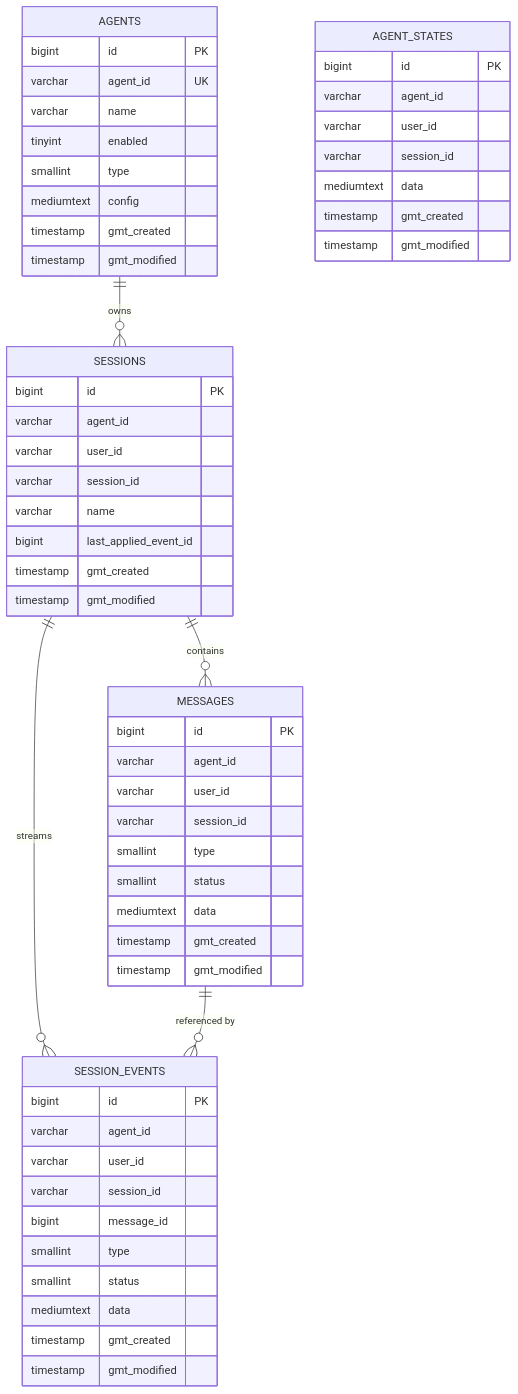
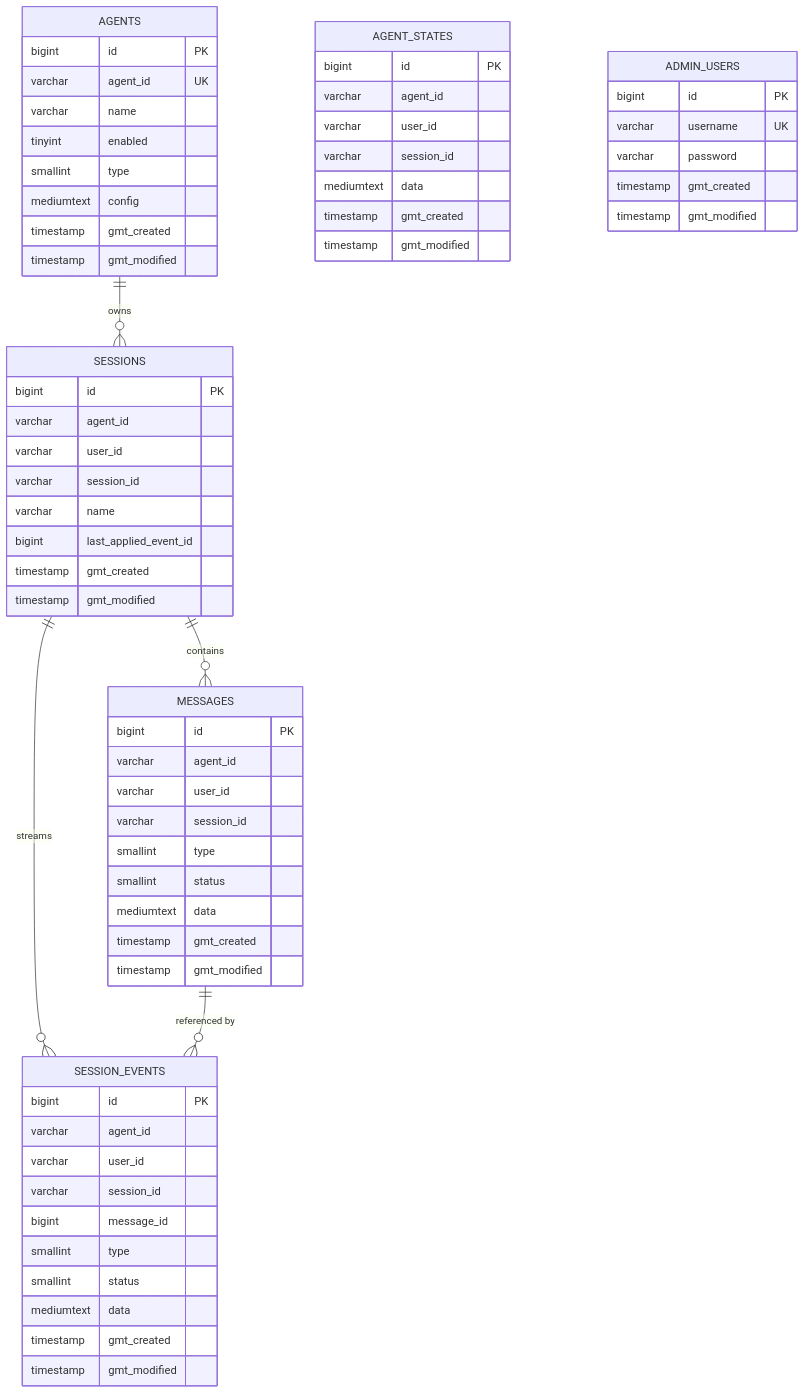
Before and after one commit to alibaba/tron-one-agent: the second of 7 diagrams in .qoder/repowiki/en/content/Database Schema and Data Models.md, drawn with Mermaid. The commit also changed other lines of this file and 13 other files, not shown here.

````diff
--- a/.qoder/repowiki/en/content/Database Schema and Data Models.md
+++ b/.qoder/repowiki/en/content/Database Schema and Data Models.md
@@ -144,59 +201,66 @@
 ```mermaid
 erDiagram
 AGENTS {
 bigint id PK
 varchar agent_id UK
 varchar name
 tinyint enabled
 smallint type
 mediumtext config
 timestamp gmt_created
 timestamp gmt_modified
 }
 AGENT_STATES {
 bigint id PK
 varchar agent_id
 varchar user_id
 varchar session_id
 mediumtext data
 timestamp gmt_created
 timestamp gmt_modified
 }
 SESSIONS {
 bigint id PK
 varchar agent_id
 varchar user_id
 varchar session_id
 varchar name
 bigint last_applied_event_id
 timestamp gmt_created
 timestamp gmt_modified
 }
 MESSAGES {
 bigint id PK
 varchar agent_id
 varchar user_id
 varchar session_id
 smallint type
 smallint status
 mediumtext data
 timestamp gmt_created
 timestamp gmt_modified
 }
 SESSION_EVENTS {
 bigint id PK
 varchar agent_id
 varchar user_id
 varchar session_id
 bigint message_id
 smallint type
 smallint status
 mediumtext data
 timestamp gmt_created
 timestamp gmt_modified
 }
+ADMIN_USERS {
+bigint id PK
+varchar username UK
+varchar password
+timestamp gmt_created
+timestamp gmt_modified
+}
 AGENTS ||--o{ SESSIONS : "owns"
 SESSIONS ||--o{ MESSAGES : "contains"
 SESSIONS ||--o{ SESSION_EVENTS : "streams"
 MESSAGES ||--o{ SESSION_EVENTS : "referenced by"
 ```
````
